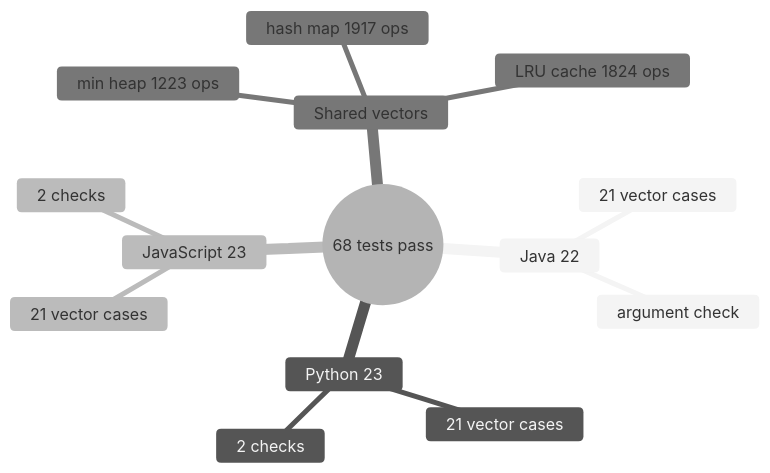
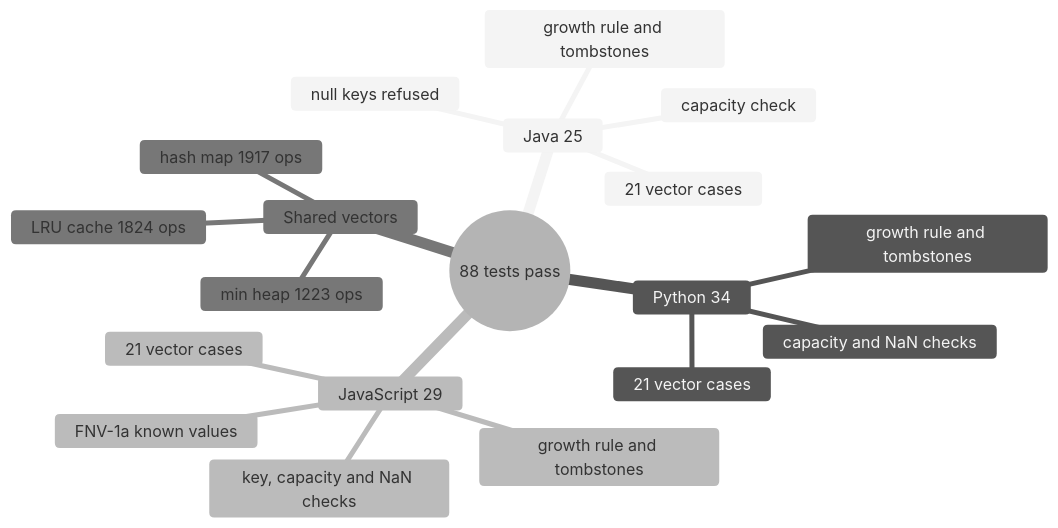
One commit to EquinoxWN/polyglot-data-structures changed the second of 2 diagrams in README.md. Above: the diagram before and after it, drawn with Mermaid (neutral theme). The commit also changed other lines of this file and 6 other files, not shown here.

````diff
--- a/README.md
+++ b/README.md
@@ -104,17 +106,22 @@
 ```mermaid
 mindmap
-  root((68 tests pass))
-    Java 22
+  root((88 tests pass))
+    Java 25
       21 vector cases
-      argument check
-    Python 23
+      capacity check
+      growth rule and tombstones
+      null keys refused
+    Python 34
       21 vector cases
-      2 checks
-    JavaScript 23
+      growth rule and tombstones
+      capacity and NaN checks
+    JavaScript 29
       21 vector cases
-      2 checks
+      growth rule and tombstones
+      FNV-1a known values
+      key, capacity and NaN checks
     Shared vectors
       min heap 1223 ops
       hash map 1917 ops
       LRU cache 1824 ops
 ```
````
